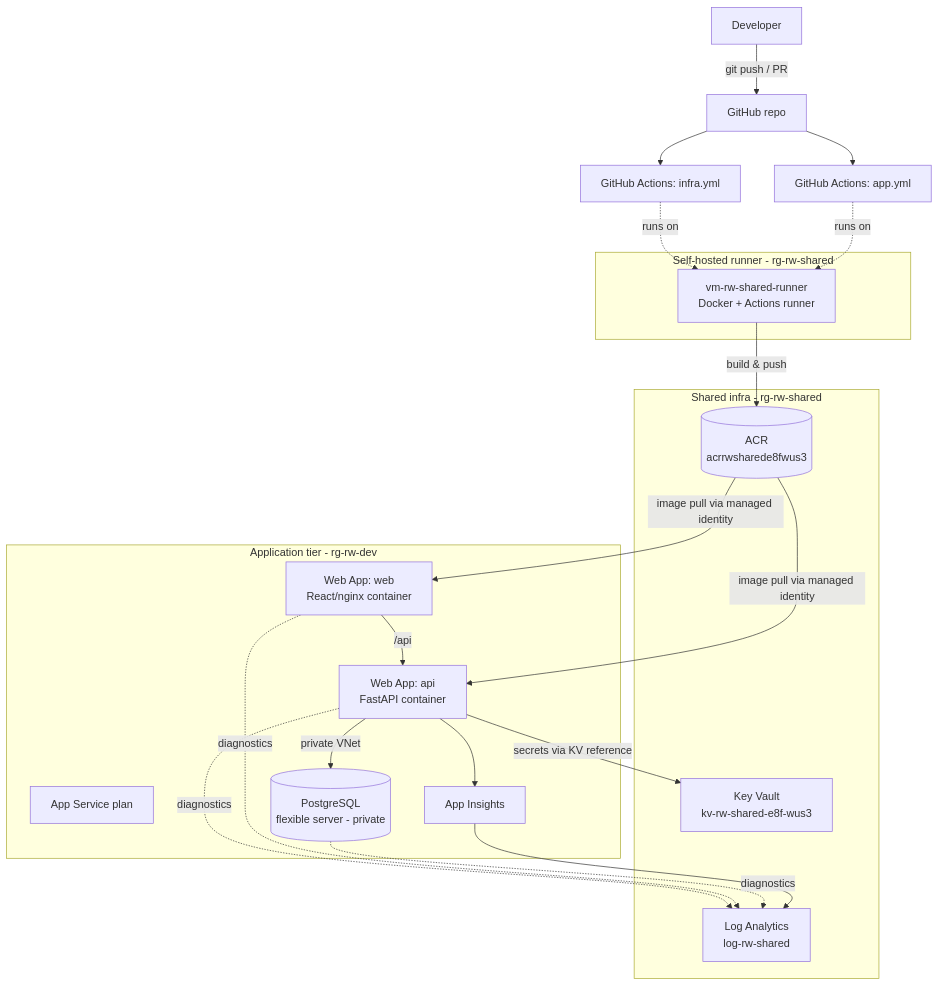
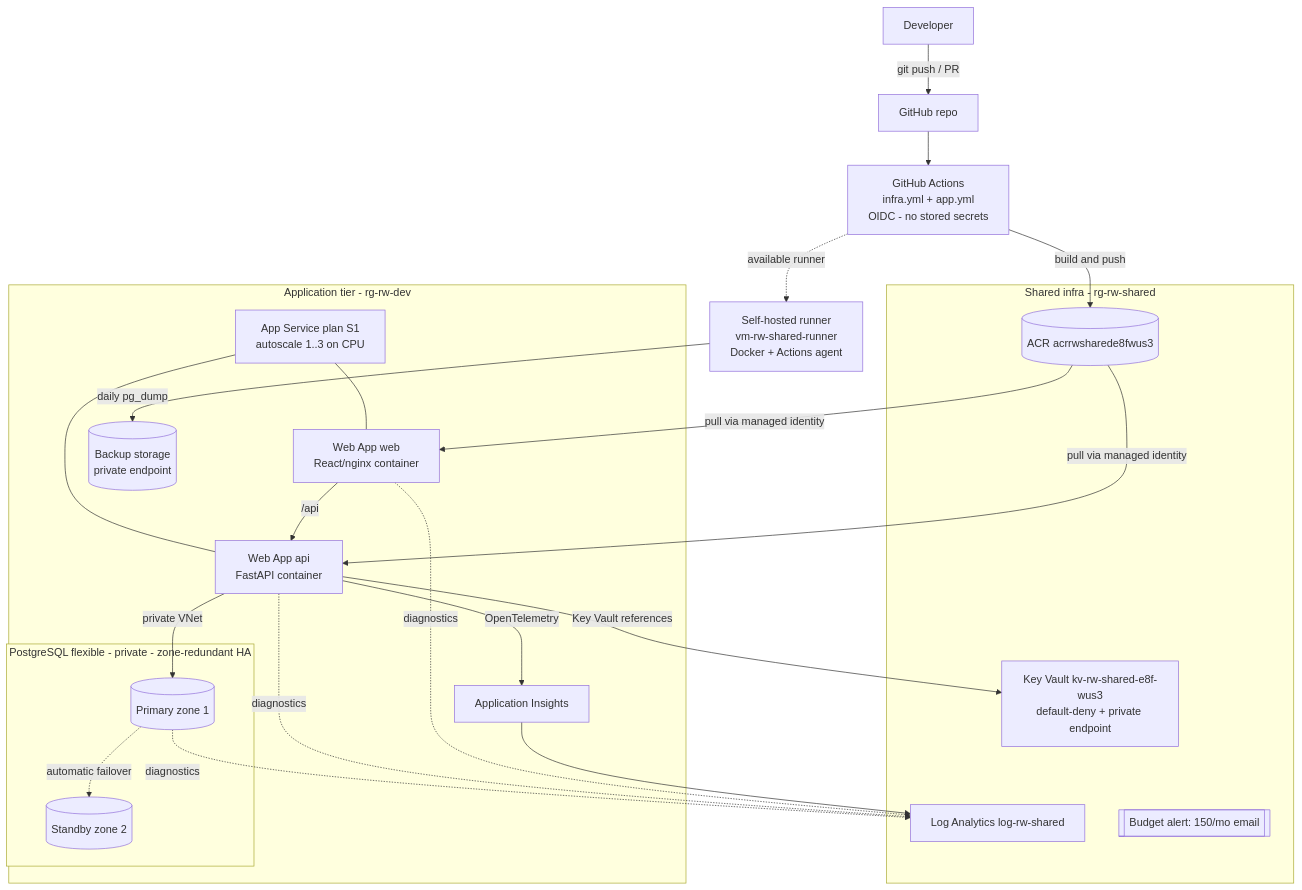
The first of 4 diagrams in docs/architecture/architecture.md (mabbasi001/azure-cd-platform), drawn with Mermaid before and after one commit. The commit also changed other lines of this file, not shown here.

Commit message:
docs: update architecture diagram for HA, autoscale, private endpoints, budget, app insights

````diff
--- a/docs/architecture/architecture.md
+++ b/docs/architecture/architecture.md
@@ -10,38 +12,42 @@
 ```mermaid
 flowchart TB
   dev[Developer] -->|git push / PR| gh[GitHub repo]
-  gh --> ghaInfra[GitHub Actions: infra.yml]
-  gh --> ghaApp[GitHub Actions: app.yml]
+  gh --> gha[GitHub Actions<br/>infra.yml + app.yml<br/>OIDC - no stored secrets]
+  runner[Self-hosted runner<br/>vm-rw-shared-runner<br/>Docker + Actions agent]
+  gha -. available runner .-> runner
 
-  subgraph Runner[Self-hosted runner - rg-rw-shared]
-    vm[vm-rw-shared-runner<br/>Docker + Actions runner]
-  end
-  ghaInfra -. runs on .-> vm
-  ghaApp -. runs on .-> vm
-
-  subgraph Shared[Shared infra - rg-rw-shared]
-    acr[(ACR<br/>acrrwsharede8fwus3)]
-    kv[Key Vault<br/>kv-rw-shared-e8f-wus3]
-    law[Log Analytics<br/>log-rw-shared]
+  subgraph shared[Shared infra - rg-rw-shared]
+    acr[(ACR acrrwsharede8fwus3)]
+    kv[Key Vault kv-rw-shared-e8f-wus3<br/>default-deny + private endpoint]
+    law[Log Analytics log-rw-shared]
+    budget[[Budget alert: 150/mo email]]
   end
 
-  subgraph App[Application tier - rg-rw-dev]
-    plan[App Service plan]
-    api[Web App: api<br/>FastAPI container]
-    web[Web App: web<br/>React/nginx container]
-    pg[(PostgreSQL<br/>flexible server - private)]
-    appi[App Insights]
+  subgraph app[Application tier - rg-rw-dev]
+    plan[App Service plan S1<br/>autoscale 1..3 on CPU]
+    api[Web App api<br/>FastAPI container]
+    web[Web App web<br/>React/nginx container]
+    appi[Application Insights]
+    bak[(Backup storage<br/>private endpoint)]
+    subgraph db[PostgreSQL flexible - private - zone-redundant HA]
+      pgp[(Primary zone 1)]
+      pgs[(Standby zone 2)]
+    end
   end
 
-  vm -->|build & push| acr
-  acr -->|image pull via managed identity| api
-  acr -->|image pull via managed identity| web
+  gha -->|build and push| acr
+  acr -->|pull via managed identity| api
+  acr -->|pull via managed identity| web
+  plan --- api
+  plan --- web
   web -->|/api| api
-  api -->|private VNet| pg
-  api -->|secrets via KV reference| kv
-  api --> appi
+  api -->|private VNet| pgp
+  pgp -. automatic failover .-> pgs
+  api -->|Key Vault references| kv
+  api -->|OpenTelemetry| appi
   api -. diagnostics .-> law
   web -. diagnostics .-> law
-  pg -. diagnostics .-> law
+  pgp -. diagnostics .-> law
   appi --> law
+  runner -->|daily pg_dump| bak
 ```
````
